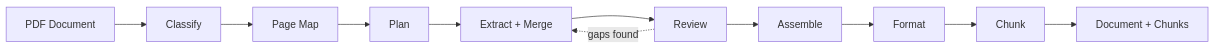
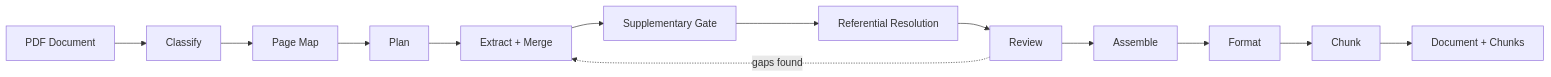
One commit to claritylabs-inc/cl-sdk changed the first of 3 diagrams in docs-pkg/getting-started/architecture.mdx. Above: the diagram before and after it, drawn with Mermaid. The commit also changed other lines of this file and 12 other files, not shown here.

````diff
--- a/docs-pkg/getting-started/architecture.mdx
+++ b/docs-pkg/getting-started/architecture.mdx
@@ -12,13 +12,15 @@
 ```mermaid
 flowchart LR
   PDF[PDF Document] --> CL[Classify]
   CL --> PM[Page Map]
   PM --> PL[Plan]
   PL --> EX[Extract + Merge]
-  EX --> RV[Review]
+  EX --> SUP[Supplementary Gate]
+  SUP --> REF[Referential Resolution]
+  REF --> RV[Review]
   RV --> AS[Assemble]
   RV -.->|gaps found| EX
   AS --> FMT[Format]
   FMT --> CHK[Chunk]
   CHK --> OUT[Document + Chunks]
 ```
````
